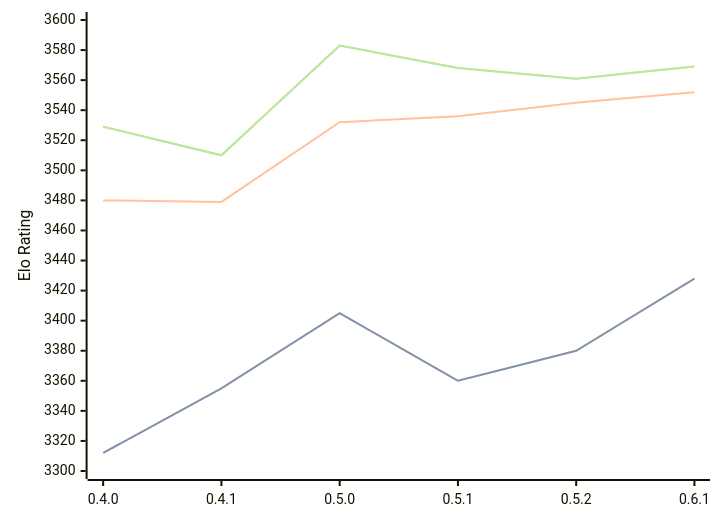
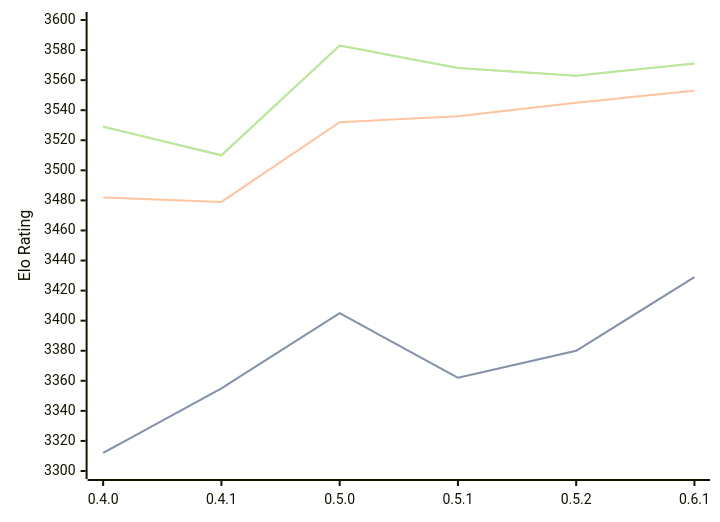
Before and after one commit to computer-chess-index/cci: the diagram in engines/Cinder.md, drawn with Mermaid. The commit also changed other lines of this file, not shown here.

Commit message:
Update CCI Ratings (ELO VLTC) - 2026-09-06

````diff
--- a/engines/Cinder.md
+++ b/engines/Cinder.md
@@ -37,11 +37,11 @@
 ```mermaid
 %%{init: {"theme":"base","themeVariables":{"seriesColors:['#a3a3a3','#222221','#faa371']}}}%%
 xychart-beta
   x-axis ["0.4.0", "0.4.1", "0.5.0", "0.5.1", "0.5.2", "0.6.1"]
   y-axis "Elo Rating" 3300 --> 3600
-  line "" [3312, 3355, 3405, 3360, 3380, 3428]
-  line "STC (8.0+0.08s)" [3312, 3355, 3405, 3360, 3380, 3428]
-  line "LTC (60.0+0.60s)" [3480, 3479, 3532, 3536, 3545, 3552]
-  line "" [3529, 3510, 3583, 3568, 3561, 3569]
-  line "VLTC (2m24s+1.12s)" [3529, 3510, 3583, 3568, 3561, 3569]
+  line "" [3312, 3355, 3405, 3362, 3380, 3429]
+  line "STC (8.0+0.08s)" [3312, 3355, 3405, 3362, 3380, 3429]
+  line "LTC (60.0+0.60s)" [3482, 3479, 3532, 3536, 3545, 3553]
+  line "" [3529, 3510, 3583, 3568, 3563, 3571]
+  line "VLTC (2m24s+1.12s)" [3529, 3510, 3583, 3568, 3563, 3571]
 ```
````
